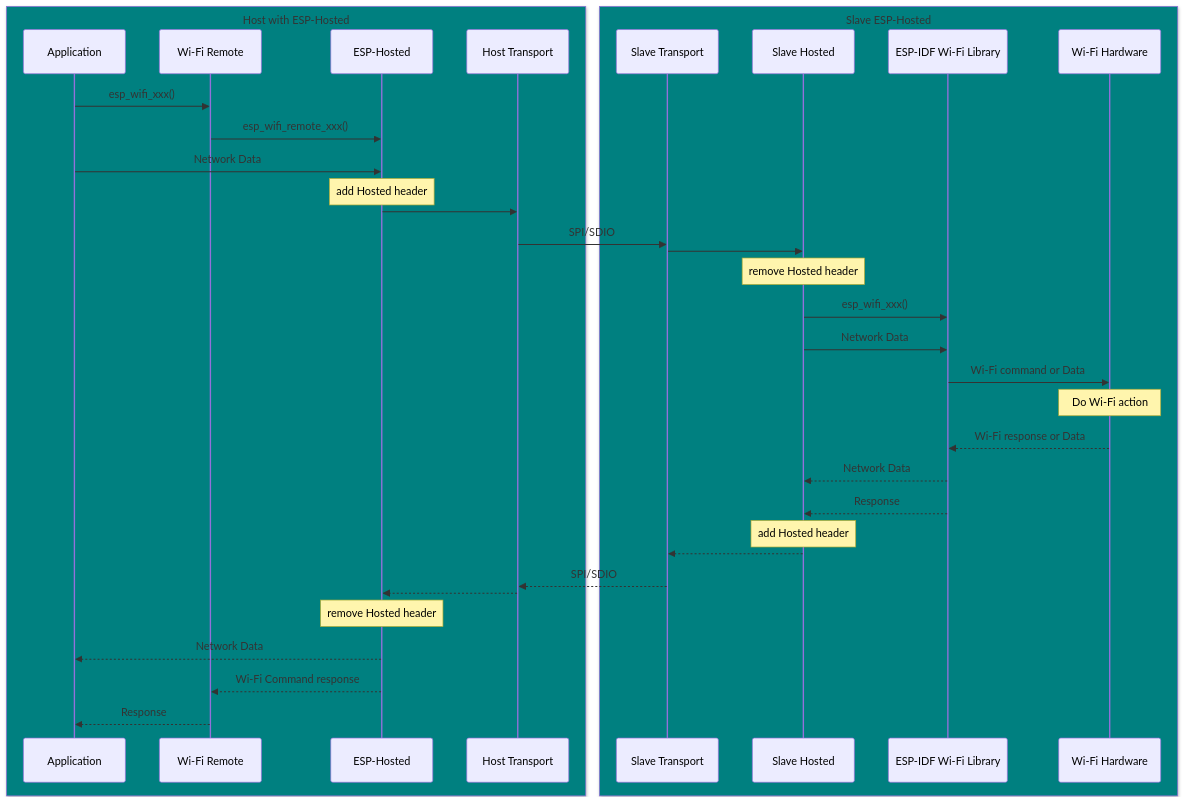
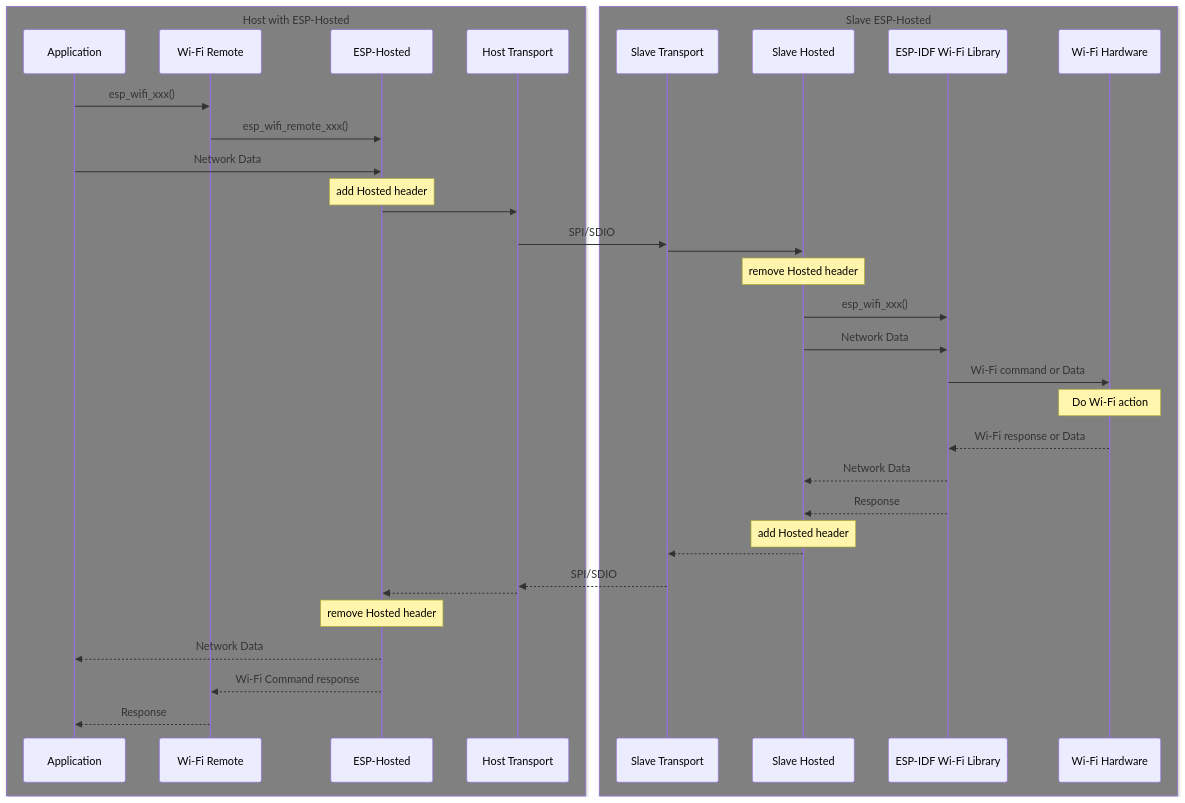
One commit to SohKamYung-Espressif/esp-hosted changed the second of 2 diagrams in docs/wifi_design.md. Above: the diagram before and after it, drawn with Mermaid.

````diff
--- a/docs/wifi_design.md
+++ b/docs/wifi_design.md
@@ -36,44 +36,44 @@
 ```mermaid
 sequenceDiagram
-    box rgb(0, 128, 128) Host with ESP-Hosted
+    box rgb(128, 128, 128) Host with ESP-Hosted
     participant app as Application
     participant remote as Wi-Fi Remote
     participant hostedh as ESP-Hosted
     participant transporth as Host Transport
     end
 
-    box rgb(0, 128, 128) Slave ESP-Hosted
+    box rgb(128, 128, 128) Slave ESP-Hosted
     participant transports as Slave Transport
     participant hosteds as Slave Hosted
     participant api as ESP-IDF Wi-Fi Library
     participant wifi as Wi-Fi Hardware
     end
 
     app ->> remote : esp_wifi_xxx()
     remote ->> hostedh : esp_wifi_remote_xxx()
     app ->> hostedh : Network Data
     Note over hostedh : add Hosted header
     hostedh ->> transporth : 
 
     transporth ->> transports : SPI/SDIO
 
     transports ->> hosteds : 
     Note over hosteds : remove Hosted header
     hosteds ->> api : esp_wifi_xxx()
     hosteds ->> api : Network Data
     api ->> wifi : Wi-Fi command or Data
     Note over wifi: Do Wi-Fi action
     wifi -->> api : Wi-Fi response or Data
     api -->> hosteds : Network Data
     api -->> hosteds : Response
     Note over hosteds : add Hosted header
     hosteds -->> transports : 
 
     transports -->> transporth : SPI/SDIO
 
     transporth -->> hostedh : 
     Note over hostedh : remove Hosted header
     hostedh -->> app : Network Data
     hostedh -->> remote : Wi-Fi Command response
     remote -->> app : Response
 ```
````
